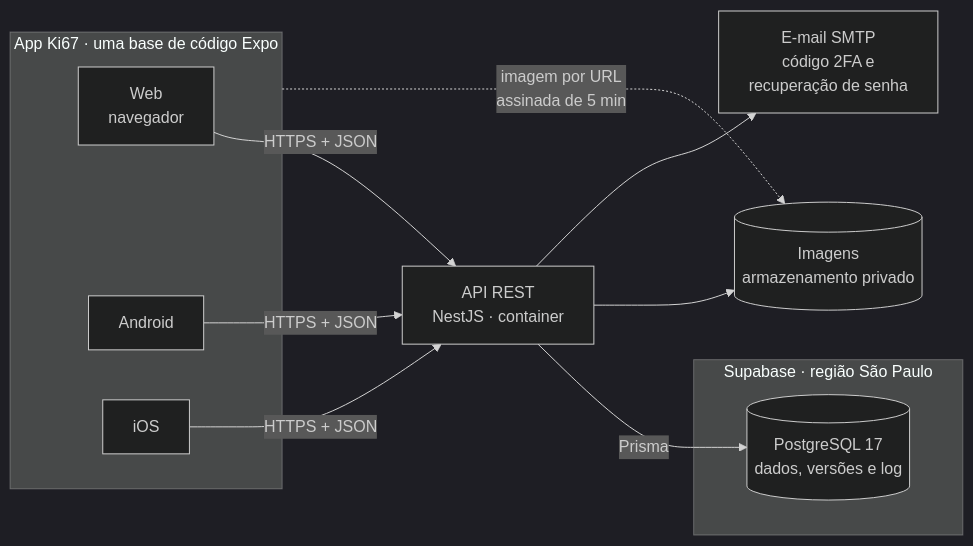
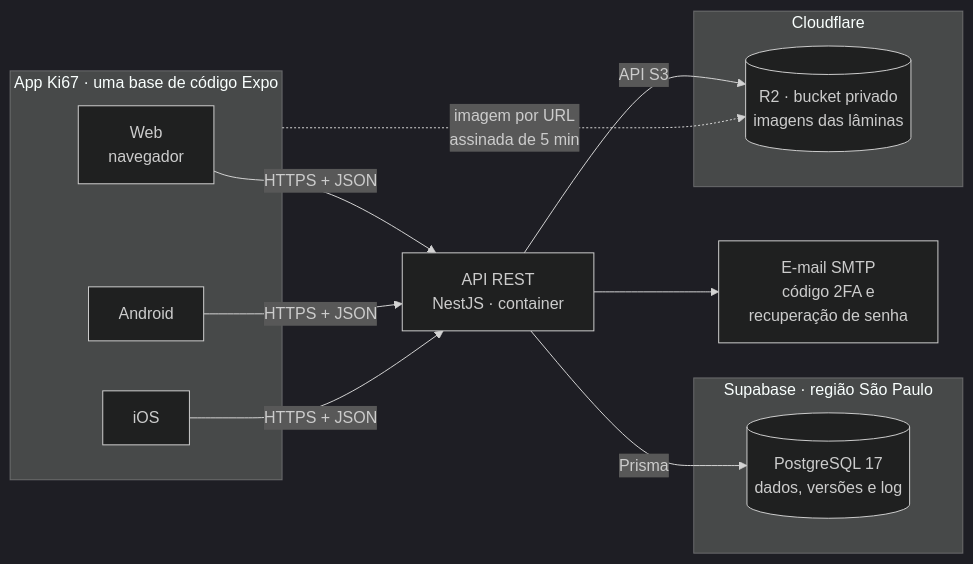
One commit to Matheus-Lordron/ki67 changed the first of 13 diagrams in docs/02-arquitetura.md. Above: the diagram before and after it, drawn with Mermaid (dark theme). The commit also changed other lines of this file and 6 other files, not shown here.

````diff
--- a/docs/02-arquitetura.md
+++ b/docs/02-arquitetura.md
@@ -13,23 +13,26 @@
 ```mermaid
 flowchart LR
     subgraph App["App Ki67 · uma base de código Expo"]
         WEB["Web<br/>navegador"]
         AND["Android"]
         IOS["iOS"]
     end
 
     API["API REST<br/>NestJS · container"]
 
     subgraph Supabase["Supabase · região São Paulo"]
         DB[("PostgreSQL 17<br/>dados, versões e log")]
     end
 
-    ARQ[("Imagens<br/>armazenamento privado")]
+    subgraph Cloudflare["Cloudflare"]
+        ARQ[("R2 · bucket privado<br/>imagens das lâminas")]
+    end
+
     SMTP["E-mail SMTP<br/>código 2FA e<br/>recuperação de senha"]
 
     WEB & AND & IOS -->|"HTTPS + JSON"| API
     API -->|"Prisma"| DB
-    API --> ARQ
+    API -->|"API S3"| ARQ
     API --> SMTP
     App -.->|"imagem por URL<br/>assinada de 5 min"| ARQ
 ```
````
